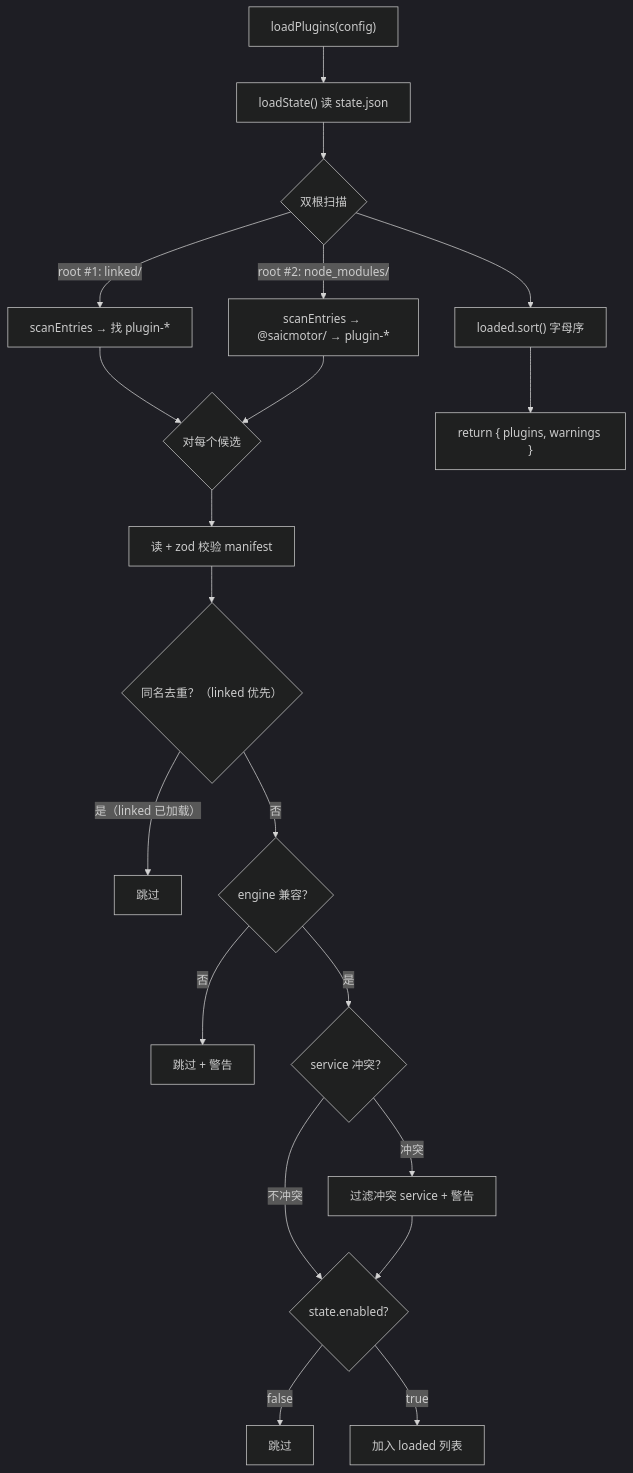
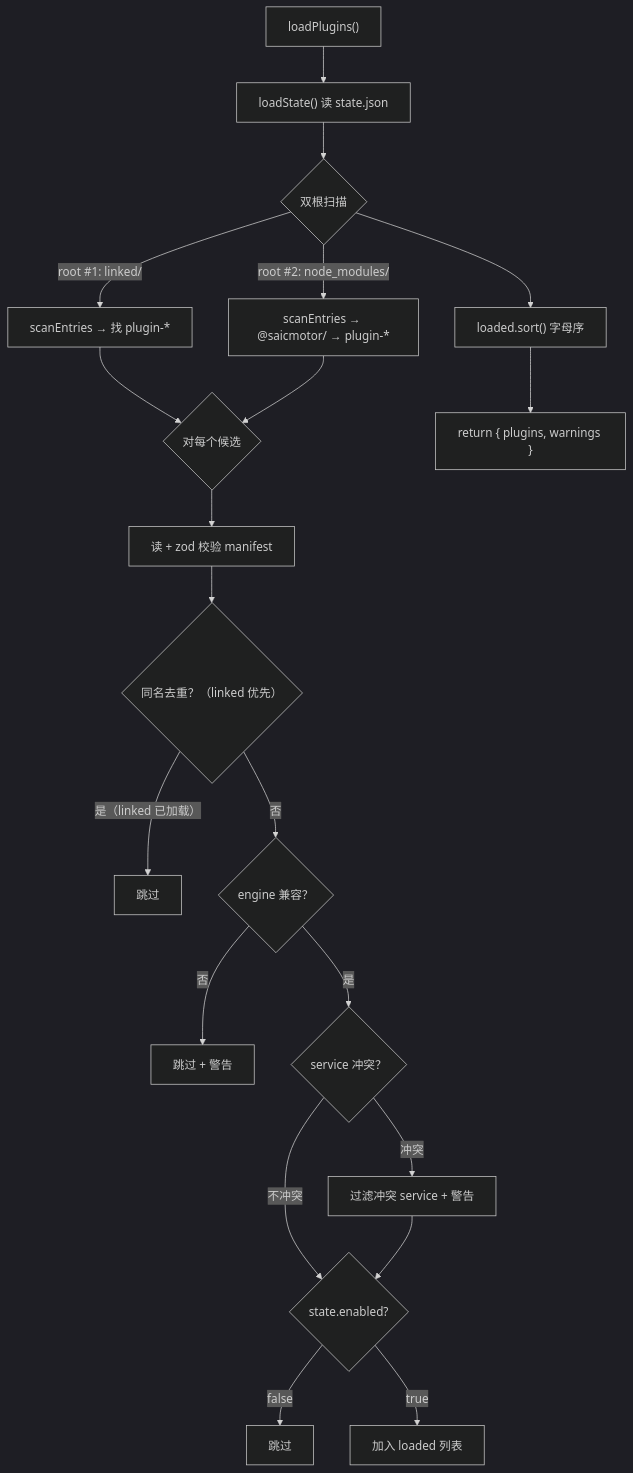
One commit to a5535772/saicmotor-cli changed the first of 2 diagrams in howto/framework-v2/04-plugin-system.md. Above: the diagram before and after it, drawn with Mermaid (dark theme). The commit also changed other lines of this file and 2 other files, not shown here.

Commit message:
docs: framework-v2 插件/引擎文档对齐 loadPlugins/within/isSaicmotorError

````diff
--- a/howto/framework-v2/04-plugin-system.md
+++ b/howto/framework-v2/04-plugin-system.md
@@ -73,22 +86,22 @@
 ```mermaid
 flowchart TD
-    START["loadPlugins(config)"] --> STATE["loadState() 读 state.json"]
+    START["loadPlugins()"] --> STATE["loadState() 读 state.json"]
     STATE --> LOOP{"双根扫描"}
     LOOP -->|"root #1: linked/"| SCAN1["scanEntries → 找 plugin-*"]
     LOOP -->|"root #2: node_modules/"| SCAN2["scanEntries → @saicmotor/ → plugin-*"]
     SCAN1 --> CHECK{"对每个候选"}
     SCAN2 --> CHECK
     CHECK --> MANIFEST["读 + zod 校验 manifest"]
     MANIFEST --> DEDUP{"同名去重？（linked 优先）"}
     DEDUP -->|"是（linked 已加载）"| SKIP1["跳过"]
     DEDUP -->|"否"| ENGINE{"engine 兼容？"}
     ENGINE -->|"否"| SKIP2["跳过 + 警告"]
     ENGINE -->|"是"| CONFLICT{"service 冲突？"}
     CONFLICT -->|"冲突"| FILTER["过滤冲突 service + 警告"]
     CONFLICT -->|"不冲突"| ENABLED{"state.enabled?"}
     FILTER --> ENABLED
     ENABLED -->|"false"| SKIP3["跳过"]
     ENABLED -->|"true"| LOAD["加入 loaded 列表"]
     LOOP --> SORT["loaded.sort() 字母序"]
     SORT --> RETURN["return { plugins, warnings }"]
 ```
````
